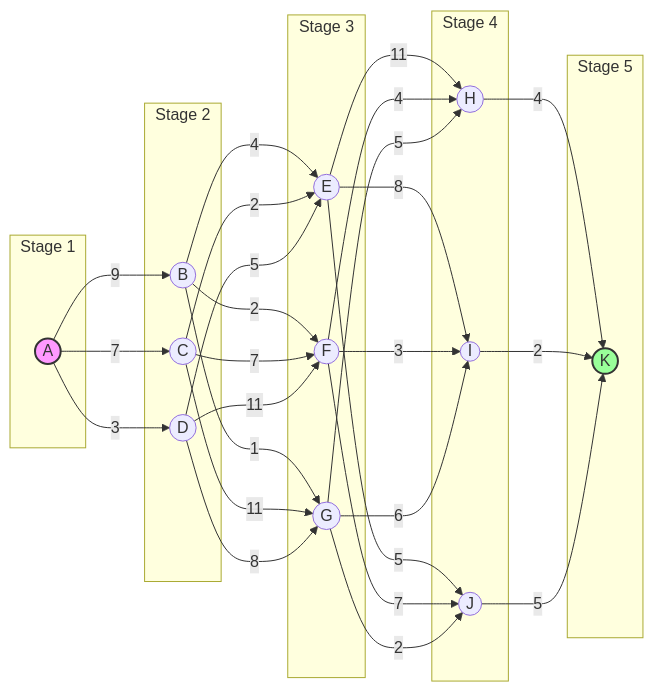
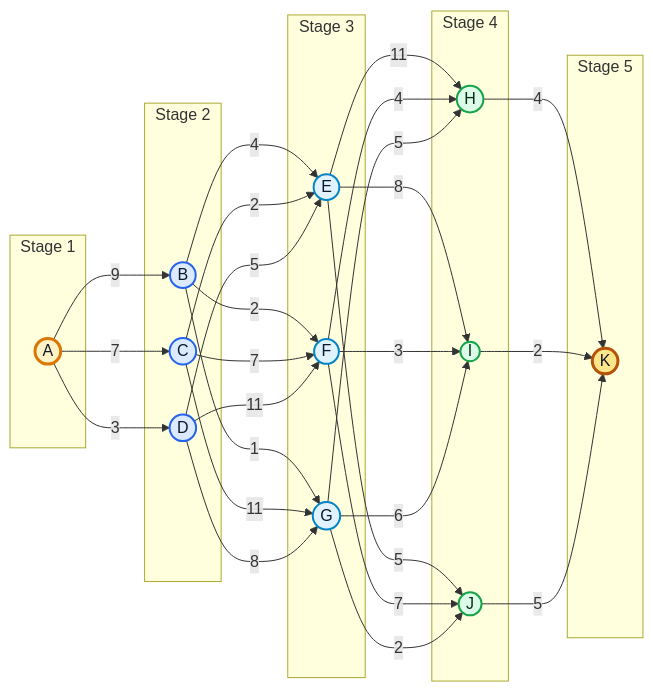
One commit to M-F-Tushar/CSE-2201-2202-Algorithm-Design-and-Analysis-Sessional changed diagram 13 of 18 in Chapter 8 - Dynamic Programming/README.md. Above: the diagram before and after it, drawn with Mermaid. The commit also changed other lines of this file, not shown here.

````diff
--- a/Chapter 8 - Dynamic Programming/README.md
+++ b/Chapter 8 - Dynamic Programming/README.md
@@ -1048,55 +1328,60 @@
 ```mermaid
-graph LR
-    subgraph Stage 1
+flowchart LR
+    subgraph S1 [Stage 1]
         A((A))
     end
-    subgraph Stage 2
+    subgraph S2 [Stage 2]
         B((B))
         C((C))
         D((D))
     end
-    subgraph Stage 3
+    subgraph S3 [Stage 3]
         E((E))
         F((F))
         G((G))
     end
-    subgraph Stage 4
+    subgraph S4 [Stage 4]
         H((H))
         I((I))
         J((J))
     end
-    subgraph Stage 5
+    subgraph S5 [Stage 5]
         K((K))
     end
 
     A -->|9| B
     A -->|7| C
     A -->|3| D
-
     B -->|4| E
     B -->|2| F
     B -->|1| G
     C -->|2| E
     C -->|7| F
     C -->|11| G
     D -->|5| E
     D -->|11| F
     D -->|8| G
-
     E -->|11| H
     E -->|8| I
     E -->|5| J
     F -->|4| H
     F -->|3| I
     F -->|7| J
     G -->|5| H
     G -->|6| I
     G -->|2| J
-
     H -->|4| K
     I -->|2| K
     J -->|5| K
 
-    style A fill:#f9f,stroke:#333,stroke-width:2px
-    style K fill:#9f9,stroke:#333,stroke-width:2px
+    classDef source fill:#fef3c7,stroke:#d97706,stroke-width:3px,color:#111827;
+    classDef stage2 fill:#dbeafe,stroke:#2563eb,stroke-width:2px,color:#0f172a;
+    classDef stage3 fill:#e0f2fe,stroke:#0284c7,stroke-width:2px,color:#0f172a;
+    classDef stage4 fill:#dcfce7,stroke:#16a34a,stroke-width:2px,color:#052e16;
+    classDef sink fill:#fde68a,stroke:#b45309,stroke-width:3px,color:#111827;
+    class A source;
+    class B,C,D stage2;
+    class E,F,G stage3;
+    class H,I,J stage4;
+    class K sink;
 ```
````
